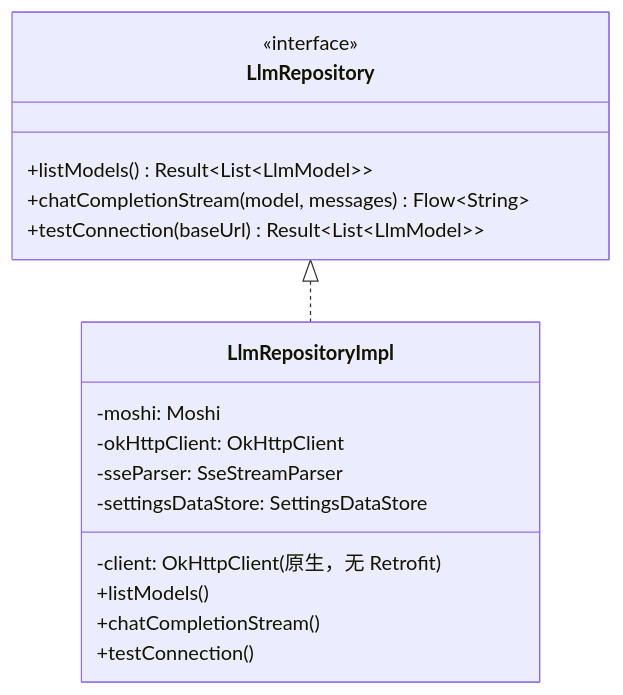
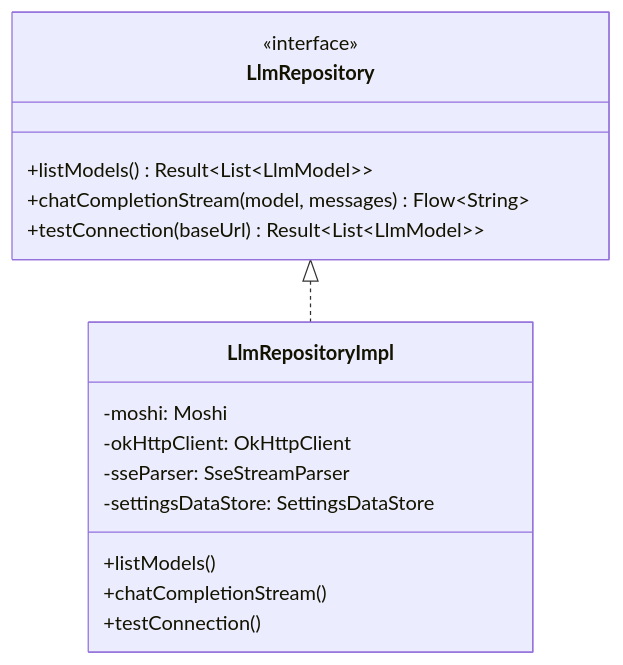
Before and after one commit to stuid-maker/pocketpdf-android: diagram 12 of 21 in docs/ARCHITECTURE.md, drawn with Mermaid. The commit also changed other lines of this file and 33 other files, not shown here.

````diff
--- a/docs/ARCHITECTURE.md
+++ b/docs/ARCHITECTURE.md
@@ -380,20 +380,19 @@
 ```mermaid
 classDiagram
     class LlmRepository {
         <<interface>>
         +listModels() Result~List~LlmModel~~
         +chatCompletionStream(model, messages) Flow~String~
         +testConnection(baseUrl) Result~List~LlmModel~~
     }
     class LlmRepositoryImpl {
-        -client: OkHttpClient (原生，无 Retrofit)
         -moshi: Moshi
         -okHttpClient: OkHttpClient
         -sseParser: SseStreamParser
         -settingsDataStore: SettingsDataStore
         +listModels()
         +chatCompletionStream()
         +testConnection()
     }
     LlmRepository <|.. LlmRepositoryImpl
 ```
````
